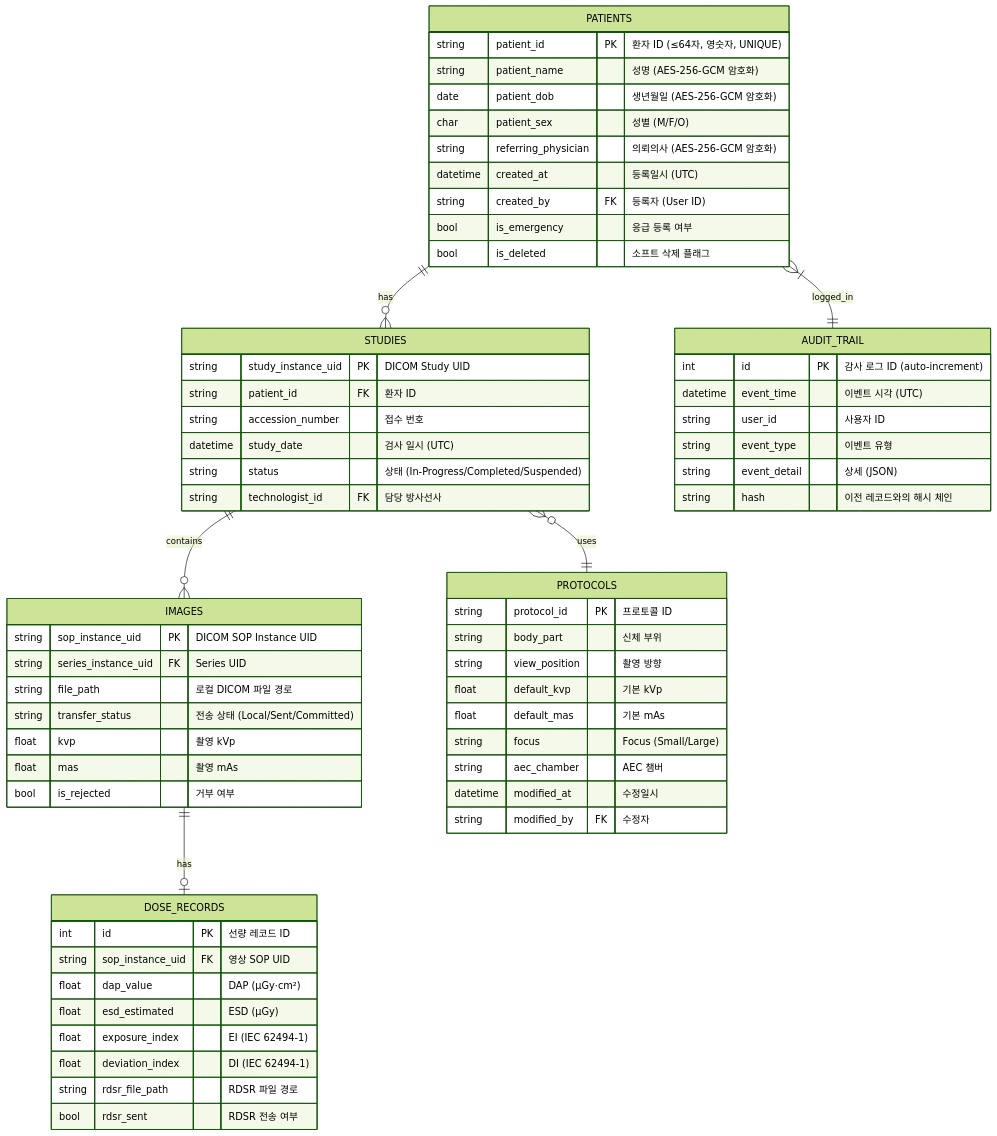
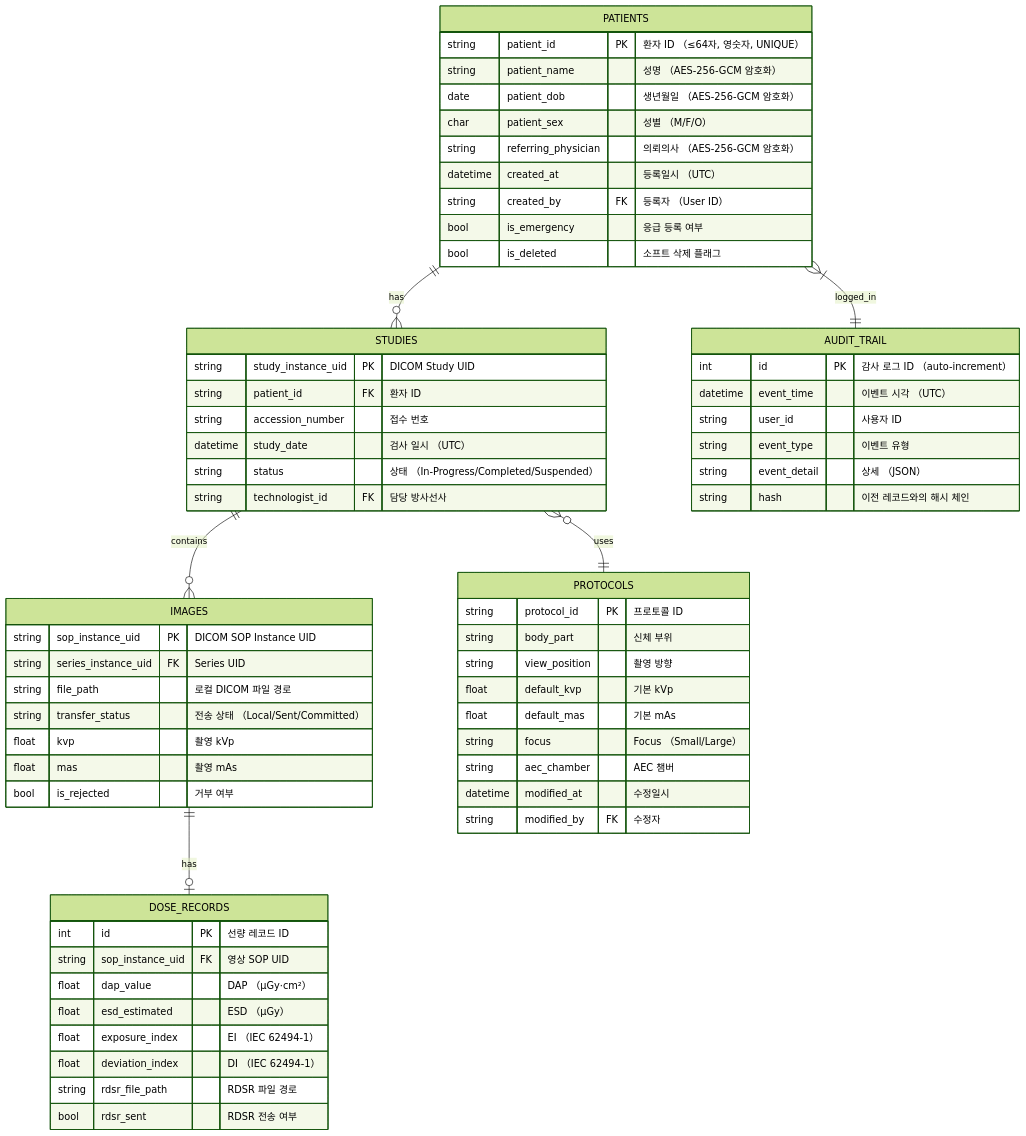
The fourth of 6 diagrams in docs/planning/DOC-005_SRS_v2.0.md (holee9/console-gui), drawn with Mermaid (forest theme) before and after one commit. The commit also changed 19 other files, not shown here.

First line of the commit message:
fix: quadrantChart/pie/timeline 등 비flowchart 차트 파싱 오류 전면 수정

````diff
--- a/docs/planning/DOC-005_SRS_v2.0.md
+++ b/docs/planning/DOC-005_SRS_v2.0.md
@@ -577,66 +577,66 @@
 ```mermaid
 erDiagram
     PATIENTS {
-        string patient_id PK "환자 ID (≤64자, 영숫자, UNIQUE)"
-        string patient_name "성명 (AES-256-GCM 암호화)"
-        date patient_dob "생년월일 (AES-256-GCM 암호화)"
-        char patient_sex "성별 (M/F/O)"
-        string referring_physician "의뢰의사 (AES-256-GCM 암호화)"
-        datetime created_at "등록일시 (UTC)"
-        string created_by FK "등록자 (User ID)"
+        string patient_id PK "환자 ID （≤64자, 영숫자, UNIQUE）"
+        string patient_name "성명 （AES-256-GCM 암호화）"
+        date patient_dob "생년월일 （AES-256-GCM 암호화）"
+        char patient_sex "성별 （M/F/O）"
+        string referring_physician "의뢰의사 （AES-256-GCM 암호화）"
+        datetime created_at "등록일시 （UTC）"
+        string created_by FK "등록자 （User ID）"
         bool is_emergency "응급 등록 여부"
         bool is_deleted "소프트 삭제 플래그"
     }
     STUDIES {
         string study_instance_uid PK "DICOM Study UID"
         string patient_id FK "환자 ID"
         string accession_number "접수 번호"
-        datetime study_date "검사 일시 (UTC)"
-        string status "상태 (In-Progress/Completed/Suspended)"
+        datetime study_date "검사 일시 （UTC）"
+        string status "상태 （In-Progress/Completed/Suspended）"
         string technologist_id FK "담당 방사선사"
     }
     IMAGES {
         string sop_instance_uid PK "DICOM SOP Instance UID"
         string series_instance_uid FK "Series UID"
         string file_path "로컬 DICOM 파일 경로"
-        string transfer_status "전송 상태 (Local/Sent/Committed)"
+        string transfer_status "전송 상태 （Local/Sent/Committed）"
         float kvp "촬영 kVp"
         float mas "촬영 mAs"
         bool is_rejected "거부 여부"
     }
     DOSE_RECORDS {
         int id PK "선량 레코드 ID"
         string sop_instance_uid FK "영상 SOP UID"
-        float dap_value "DAP (μGy·cm²)"
-        float esd_estimated "ESD (μGy)"
-        float exposure_index "EI (IEC 62494-1)"
-        float deviation_index "DI (IEC 62494-1)"
+        float dap_value "DAP （μGy·cm²）"
+        float esd_estimated "ESD （μGy）"
+        float exposure_index "EI （IEC 62494-1）"
+        float deviation_index "DI （IEC 62494-1）"
         string rdsr_file_path "RDSR 파일 경로"
         bool rdsr_sent "RDSR 전송 여부"
     }
     AUDIT_TRAIL {
-        int id PK "감사 로그 ID (auto-increment)"
-        datetime event_time "이벤트 시각 (UTC)"
+        int id PK "감사 로그 ID （auto-increment）"
+        datetime event_time "이벤트 시각 （UTC）"
         string user_id "사용자 ID"
         string event_type "이벤트 유형"
-        string event_detail "상세 (JSON)"
+        string event_detail "상세 （JSON）"
         string hash "이전 레코드와의 해시 체인"
     }
     PROTOCOLS {
         string protocol_id PK "프로토콜 ID"
         string body_part "신체 부위"
         string view_position "촬영 방향"
         float default_kvp "기본 kVp"
         float default_mas "기본 mAs"
-        string focus "Focus (Small/Large)"
+        string focus "Focus （Small/Large）"
         string aec_chamber "AEC 챔버"
         datetime modified_at "수정일시"
         string modified_by FK "수정자"
     }
 
     PATIENTS ||--o{ STUDIES : "has"
     STUDIES ||--o{ IMAGES : "contains"
     IMAGES ||--o| DOSE_RECORDS : "has"
     PATIENTS }|--|| AUDIT_TRAIL : "logged_in"
     STUDIES }o--|| PROTOCOLS : "uses"
 ```
````
